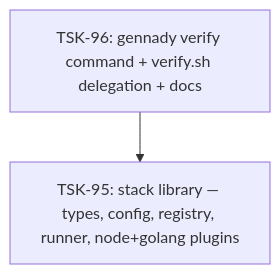
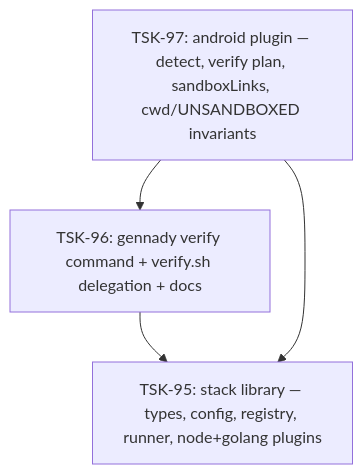
Before and after one commit to maksimuimin/gennady: the diagram in tasks/stack/README.md, drawn with Mermaid. The commit also changed other lines of this file and 1 other file, not shown here.

First paragraph of the commit message:
scaffold(stack): TSK-97 — android plugin task ticket
Two phases (P1 impl / P2 test) targeting the android StackPlugin
per specs/stack/stack.spec.md §3.6, FR-STACK-15, D-STACK-014..018,
and §8.2 runner invariants (UNSANDBOXED_RUN sandboxLinks ignore +
cwd/git-root relpath transform).

````diff
--- a/tasks/stack/README.md
+++ b/tasks/stack/README.md
@@ -26,6 +26,9 @@
 ```mermaid
 graph TD
     TSK-95[TSK-95: stack library — types, config, registry, runner, node+golang plugins]
     TSK-96[TSK-96: gennady verify command + verify.sh delegation + docs]
+    TSK-97[TSK-97: android plugin — detect, verify plan, sandboxLinks, cwd/UNSANDBOXED invariants]
     TSK-96 --> TSK-95
+    TSK-97 --> TSK-95
+    TSK-97 --> TSK-96
 ```
````
